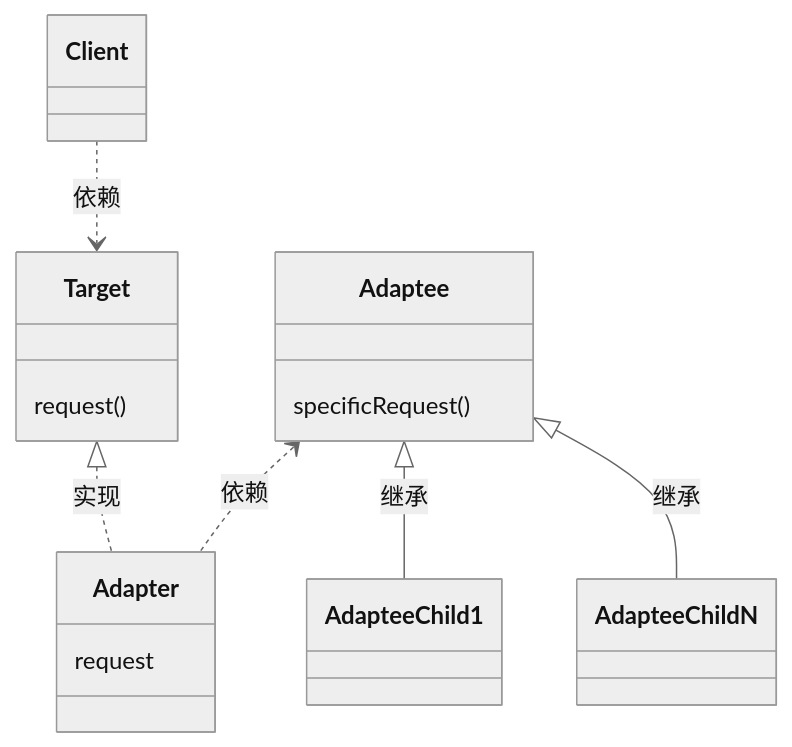
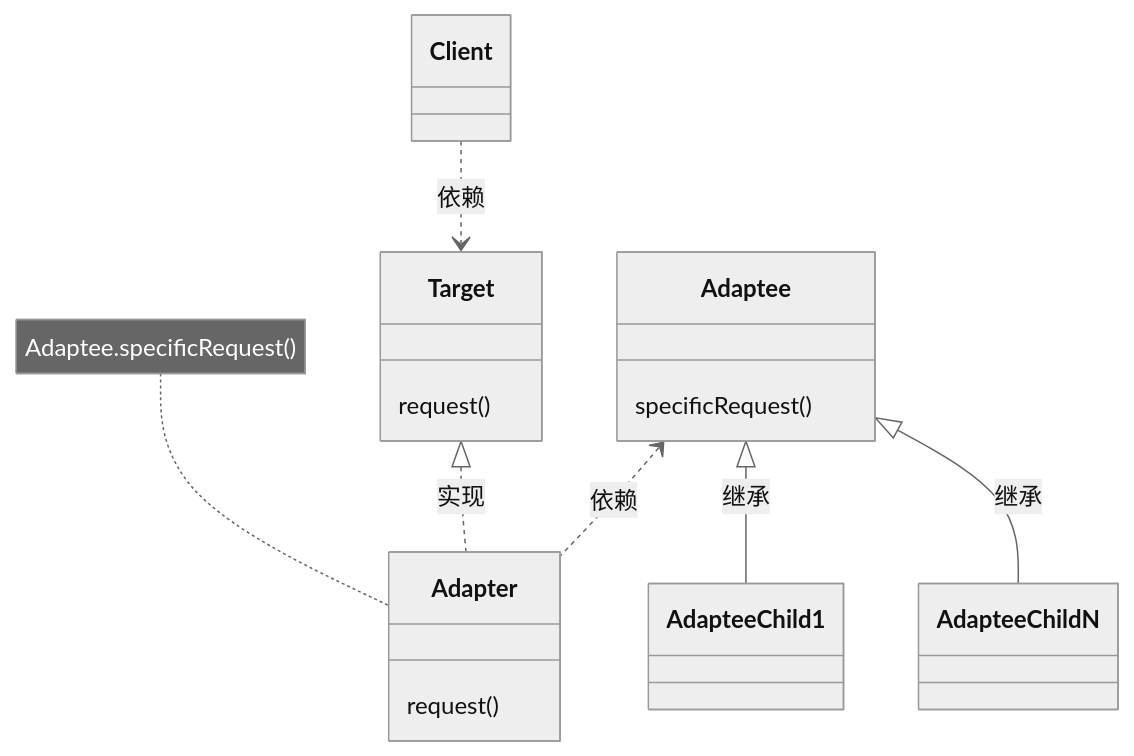
The second of 8 diagrams in docs/designpattern/structure.md (David-5-5/tutorial), drawn with Mermaid (neutral theme) before and after one commit. The commit also changed other lines of this file, not shown here.

````diff
--- a/docs/designpattern/structure.md
+++ b/docs/designpattern/structure.md
@@ -52,24 +54,27 @@
 ```mermaid
 classDiagram
 
 class Target {
     request()
 }
 
 class Adaptee {
     specificRequest()
 }
 
 class Adapter {
-    request
+    request()
 }
+
+note for Adapter "Adaptee.specificRequest()"
+
 
 Client ..> Target : 依赖
 
 Target <|.. Adapter : 实现
 Adaptee <.. Adapter : 依赖
 
 Adaptee<|-- AdapteeChild1 : 继承
 Adaptee<|-- AdapteeChildN : 继承
 
 ```
````
